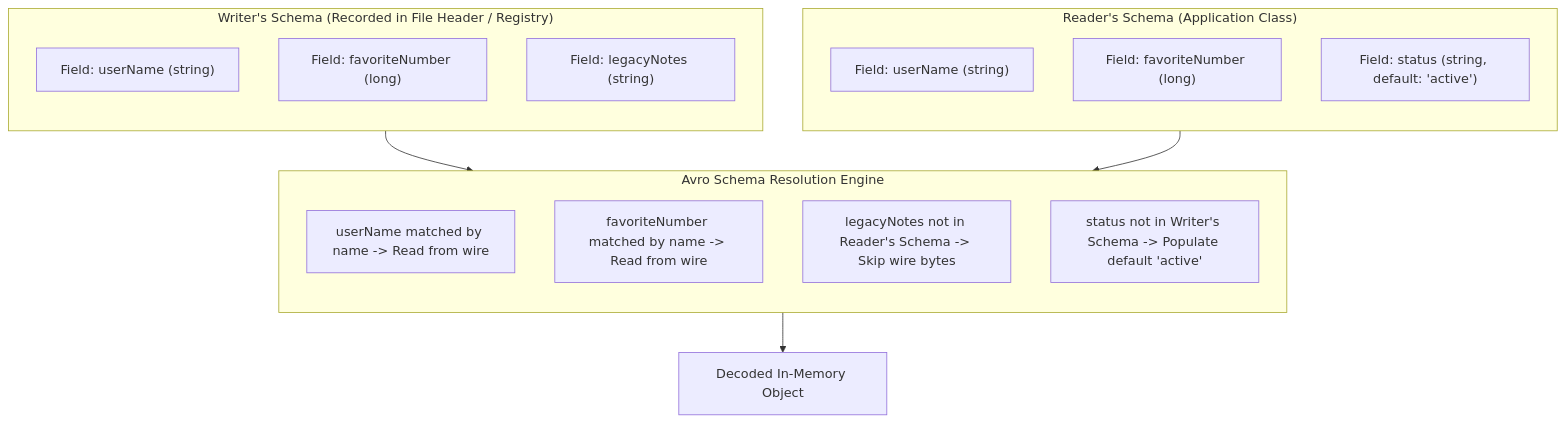
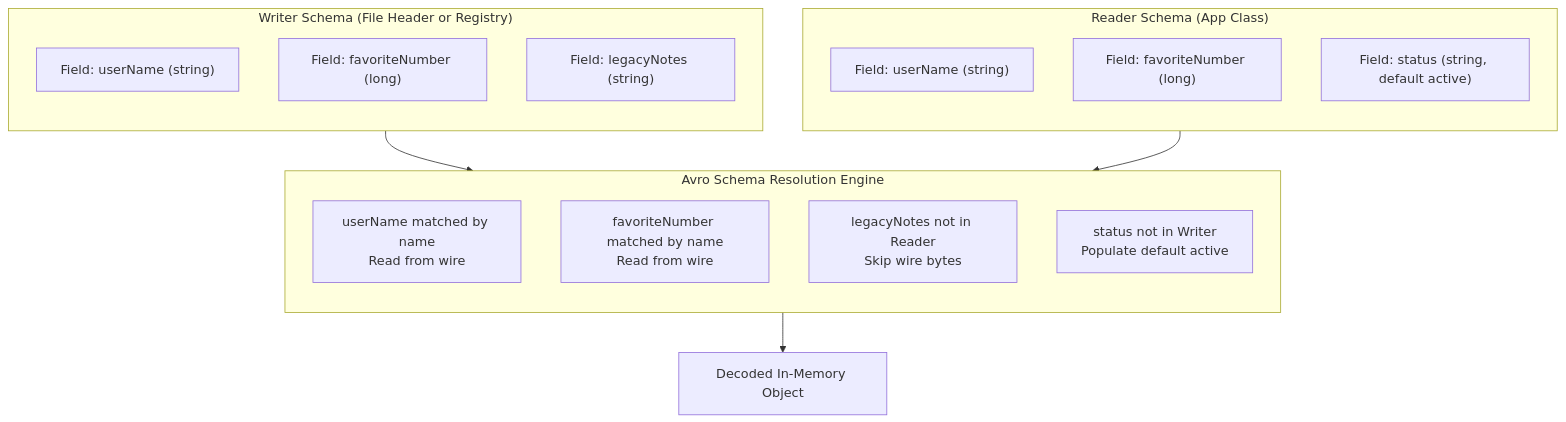
One commit to 1mimhe/books-summery changed the sixth of 8 diagrams in 01 Designing Data-Intensive Applications/chapter-05-encoding-and-evolution.md. Above: the diagram before and after it, drawn with Mermaid. The commit also changed other lines of this file and 1 other file, not shown here.

````diff
--- a/01 Designing Data-Intensive Applications/chapter-05-encoding-and-evolution.md
+++ b/01 Designing Data-Intensive Applications/chapter-05-encoding-and-evolution.md
@@ -422,28 +325,25 @@
 ```mermaid
 flowchart TD
-  subgraph WS["Writer's Schema (Recorded in File Header / Registry)"]
+  subgraph WS["Writer Schema (File Header or Registry)"]
     direction TB
     W_A["Field: userName (string)"]
     W_B["Field: favoriteNumber (long)"]
     W_C["Field: legacyNotes (string)"]
   end
-
-  subgraph RS["Reader's Schema (Application Class)"]
+  subgraph RS["Reader Schema (App Class)"]
     direction TB
     R_A["Field: userName (string)"]
     R_B["Field: favoriteNumber (long)"]
-    R_D["Field: status (string, default: 'active')"]
+    R_D["Field: status (string, default active)"]
   end
-
   subgraph RESOLVER["Avro Schema Resolution Engine"]
     direction TB
-    M1["userName matched by name -> Read from wire"]
-    M2["favoriteNumber matched by name -> Read from wire"]
-    M3["legacyNotes not in Reader's Schema -> Skip wire bytes"]
-    M4["status not in Writer's Schema -> Populate default 'active'"]
+    M1["userName matched by name<br/>Read from wire"]
+    M2["favoriteNumber matched by name<br/>Read from wire"]
+    M3["legacyNotes not in Reader<br/>Skip wire bytes"]
+    M4["status not in Writer<br/>Populate default active"]
   end
-
   WS --> RESOLVER
   RS --> RESOLVER
   RESOLVER --> OUT["Decoded In-Memory Object"]
 ```
````
